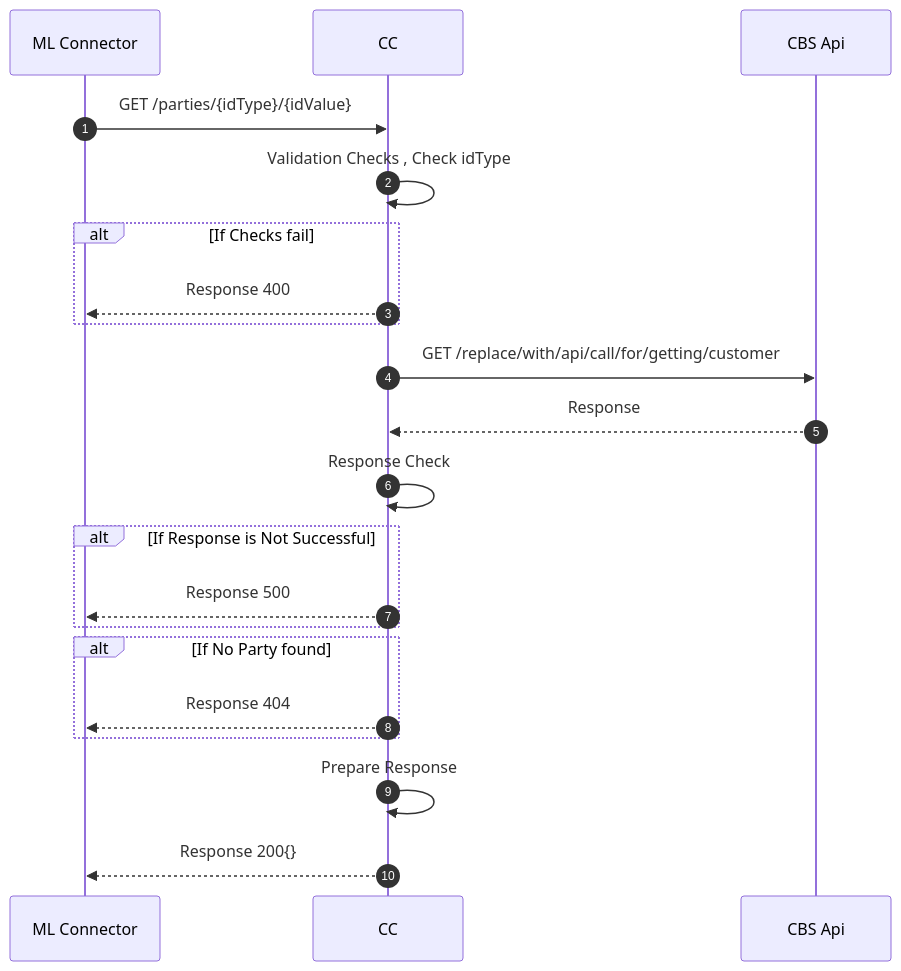
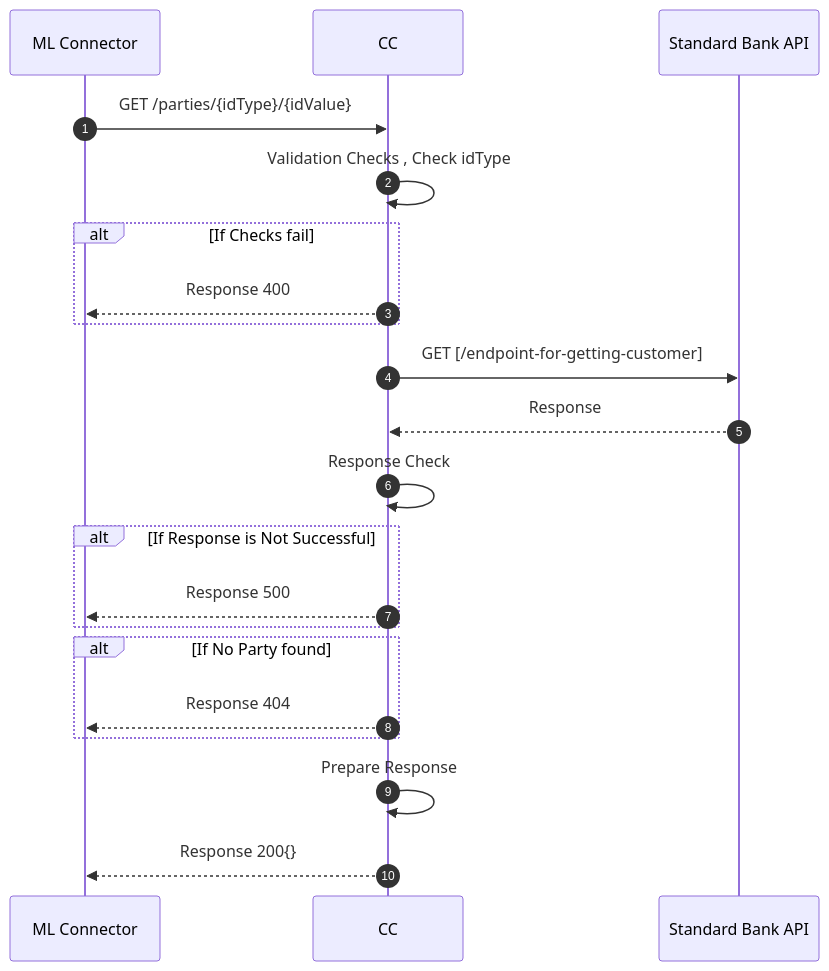
The diagram in standard-bank-mw-core-connector/docs/payee/payee-get-parties.md (mojaloop/ml-reference-connectors), drawn with Mermaid before and after one commit. The commit also changed 16 other files, not shown here.

Commit message:
chore: Created Standard Bank Malawi API proposal.

````diff
--- a/standard-bank-mw-core-connector/docs/payee/payee-get-parties.md
+++ b/standard-bank-mw-core-connector/docs/payee/payee-get-parties.md
@@ -4,20 +4,20 @@
 ```mermaid
 sequenceDiagram
   autonumber
   ML Connector->>CC: GET /parties/{idType}/{idValue}
   CC->>CC:Validation Checks , Check idType
   Alt If Checks fail
   CC-->>ML Connector: Response 400
   End
-  CC->>CBS Api:GET /replace/with/api/call/for/getting/customer 
-  CBS Api-->>CC: Response
+  CC->>Standard Bank API:GET [/endpoint-for-getting-customer]  
+  Standard Bank API-->>CC: Response
   CC->>CC:Response Check
   Alt If Response is Not Successful
   CC-->>ML Connector: Response 500
   End
   Alt If No Party found
   CC-->>ML Connector: Response 404
   End
   CC->>CC: Prepare Response
   CC-->>ML Connector: Response 200{}
 ```
````
